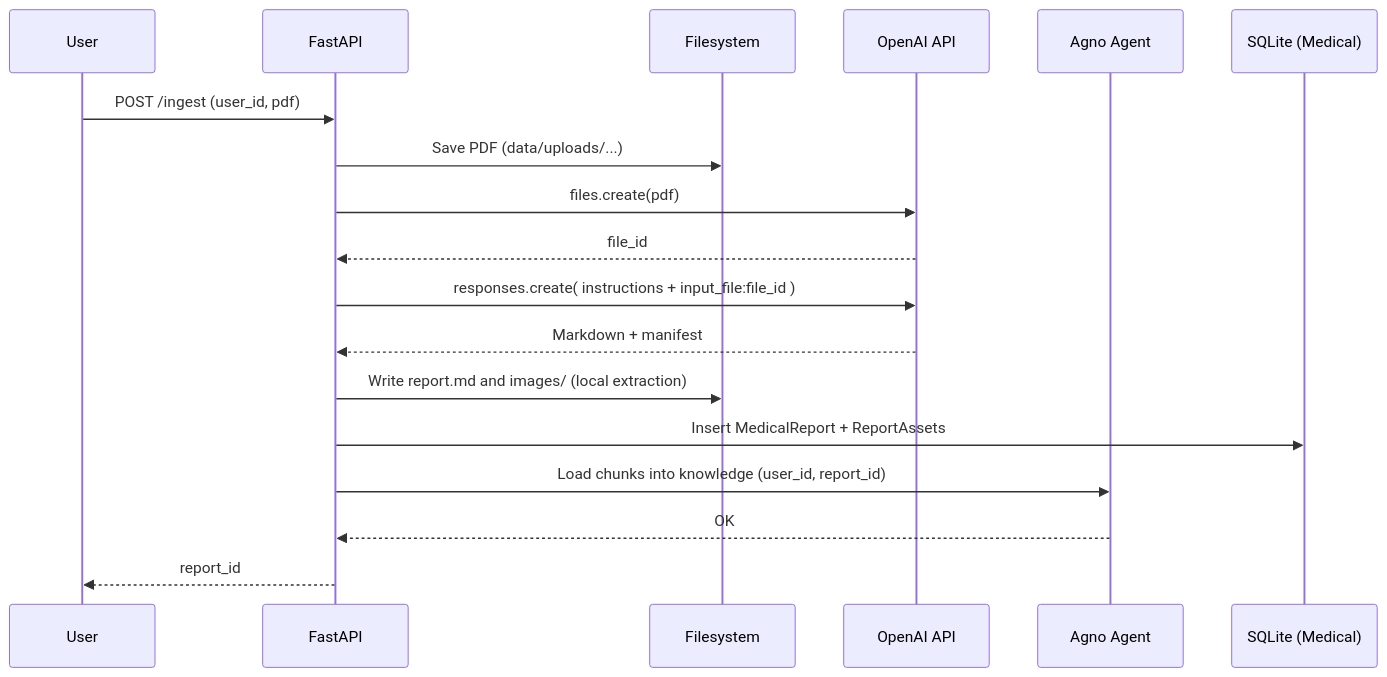
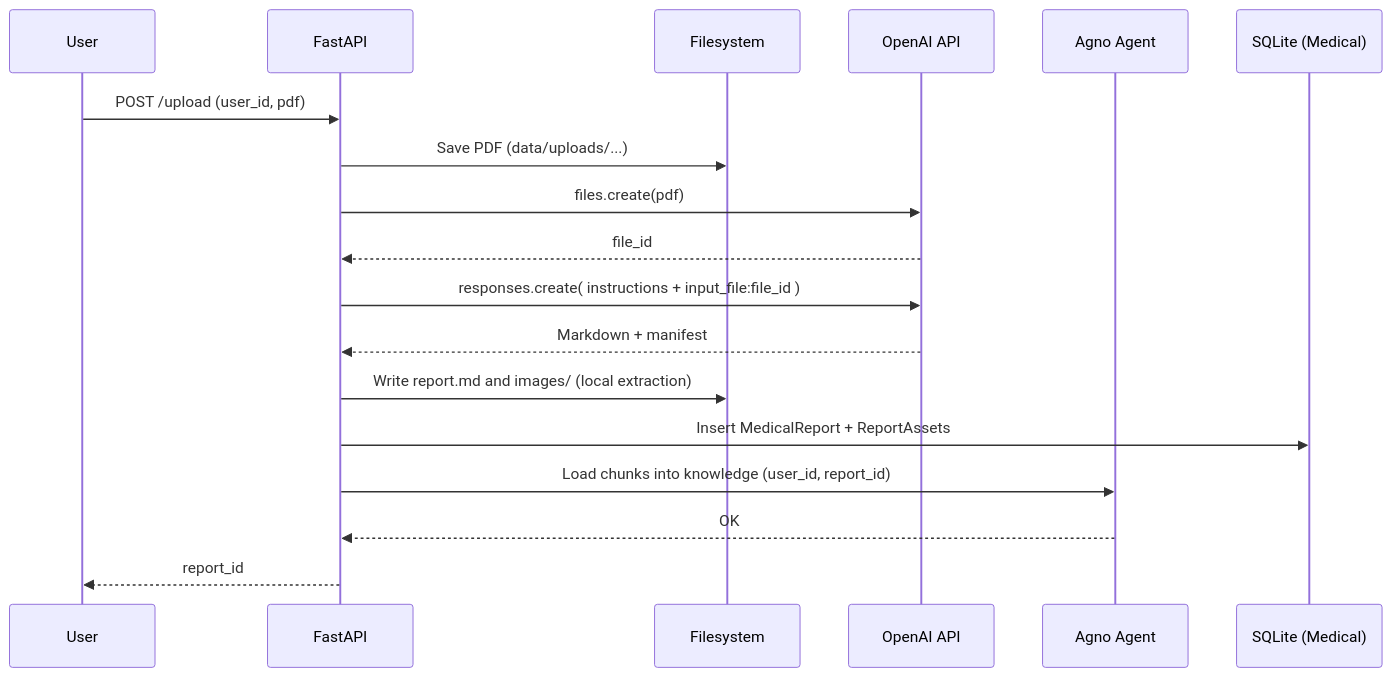
One commit to kevinlin/agno-agent changed the diagram in docs/specs/healthcare_agent_plan.md. Above: the diagram before and after it, drawn with Mermaid. The commit also changed other lines of this file and 14 other files, not shown here.

Commit message:
Update upload  API routes: - Rename route: `/api/ingest` -> `/api/upload`

````diff
--- a/docs/specs/healthcare_agent_plan.md
+++ b/docs/specs/healthcare_agent_plan.md
@@ -84,20 +84,20 @@
 ```mermaid
 sequenceDiagram
     participant U as User
     participant API as FastAPI
     participant FS as Filesystem
     participant OA as OpenAI API
     participant AG as Agno Agent
     participant DB as SQLite (Medical)
-    U->>API: POST /ingest (user_id, pdf)
+    U->>API: POST /upload (user_id, pdf)
     API->>FS: Save PDF (data/uploads/...)
     API->>OA: files.create(pdf)
     OA-->>API: file_id
     API->>OA: responses.create( instructions + input_file:file_id )
     OA-->>API: Markdown + manifest
     API->>FS: Write report.md and images/ (local extraction)
     API->>DB: Insert MedicalReport + ReportAssets
     API->>AG: Load chunks into knowledge (user_id, report_id)
     AG-->>API: OK
     API-->>U: report_id
 ```
````
